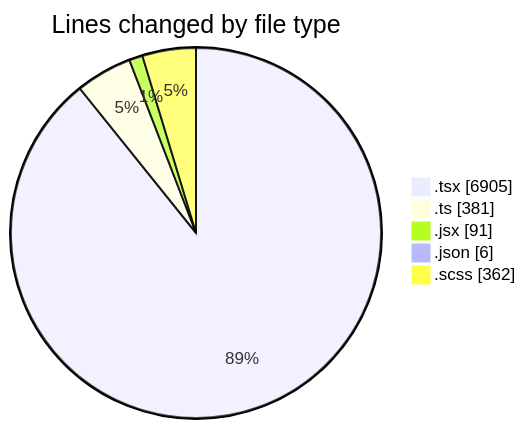
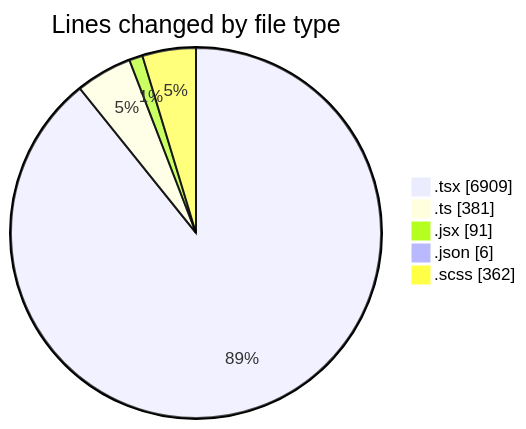
The first of 2 diagrams in 2026-04-27/cda/README.md (momahboobian/code-tracking), drawn with Mermaid before and after one commit. The commit also changed other lines of this file and 1 other file, not shown here.

````diff
--- a/2026-04-27/cda/README.md
+++ b/2026-04-27/cda/README.md
@@ -44,9 +44,9 @@
 ```mermaid
 pie showData
 title Lines changed by file type
-".tsx" : 6905
+".tsx" : 6909
 ".ts" : 381
 ".jsx" : 91
 ".json" : 6
 ".scss" : 362
 ```
````
